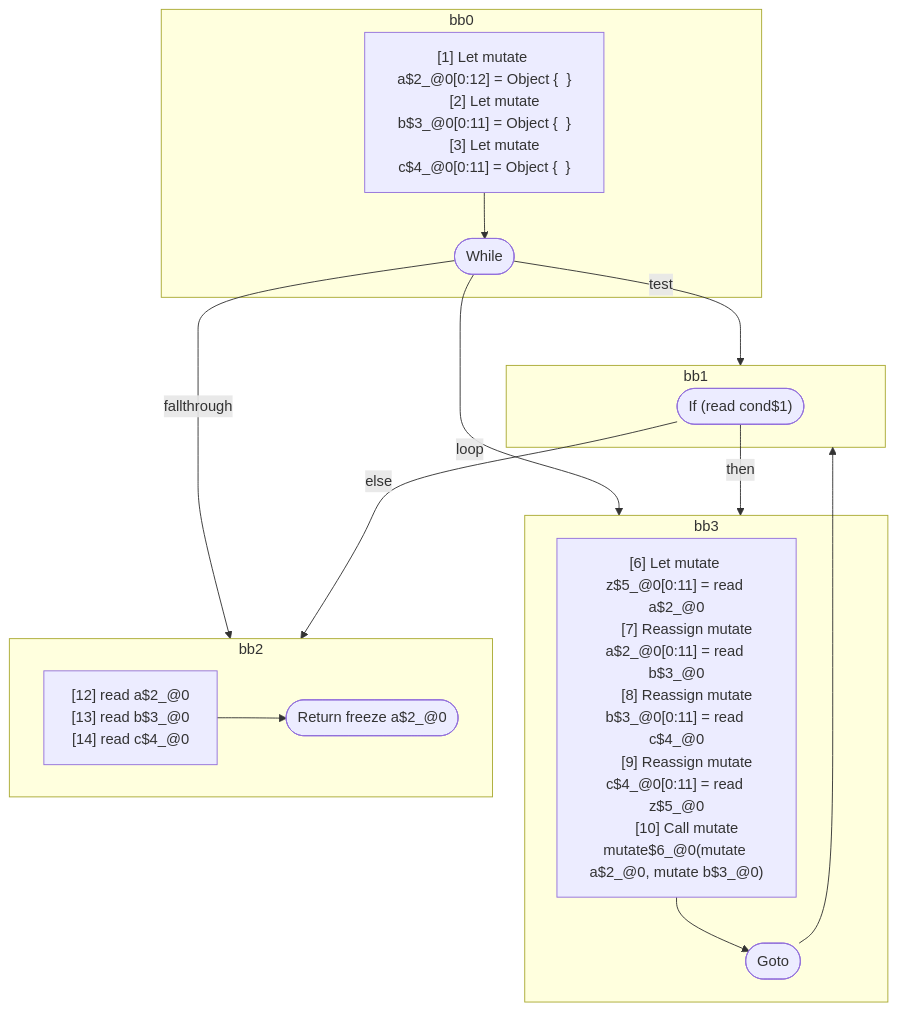
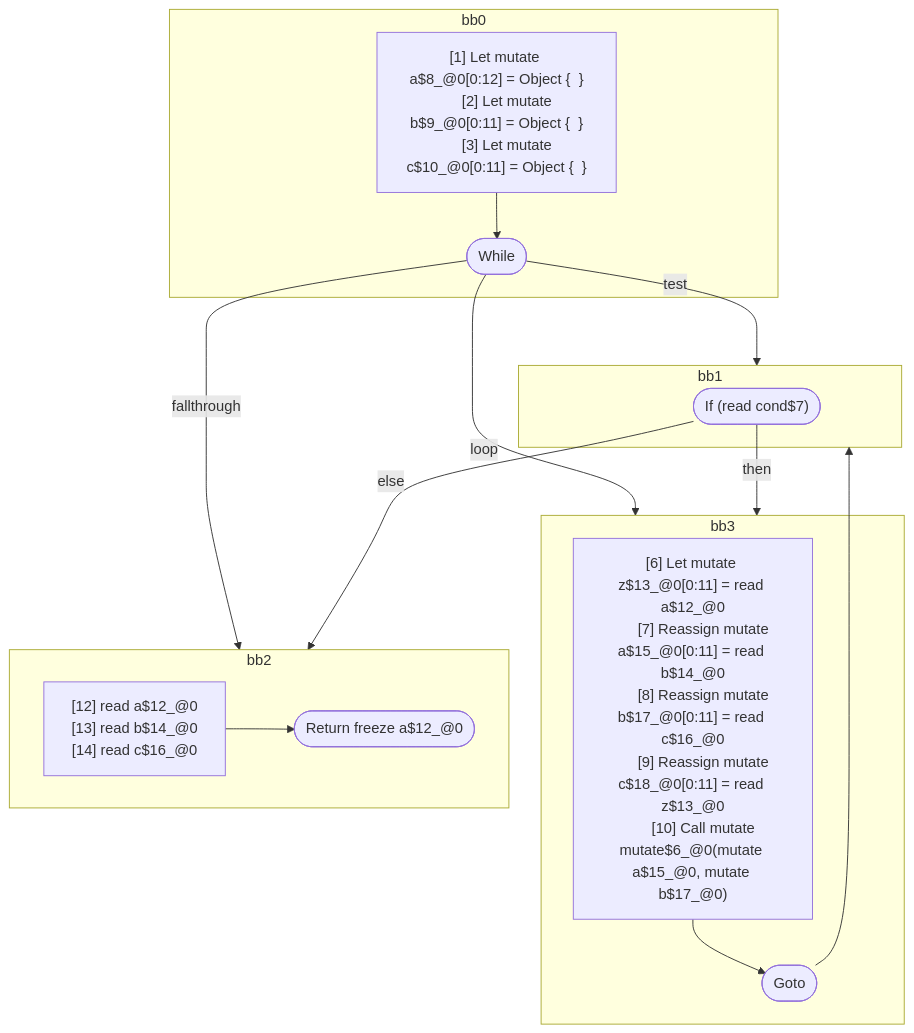
Before and after one commit to wutsmog/private: the first of 2 diagrams in compiler/forget/src/__tests__/fixtures/hir/alias-while.expect.md, drawn with Mermaid. The commit also changed other lines of this file and 59 other files, not shown here.

````diff
--- a/compiler/forget/src/__tests__/fixtures/hir/alias-while.expect.md
+++ b/compiler/forget/src/__tests__/fixtures/hir/alias-while.expect.md
@@ -55,42 +58,42 @@
 ```mermaid
 flowchart TB
   %% Basic Blocks
   subgraph bb0
     bb0_instrs["
-      [1] Let mutate a$2_@0[0:12] = Object {  }
-      [2] Let mutate b$3_@0[0:11] = Object {  }
-      [3] Let mutate c$4_@0[0:11] = Object {  }
+      [1] Let mutate a$8_@0[0:12] = Object {  }
+      [2] Let mutate b$9_@0[0:11] = Object {  }
+      [3] Let mutate c$10_@0[0:11] = Object {  }
     "]
     bb0_instrs --> bb0_terminal(["While"])
   end
   subgraph bb1
-    bb1_terminal(["If (read cond$1)"])
+    bb1_terminal(["If (read cond$7)"])
   end
   subgraph bb3
     bb3_instrs["
-      [6] Let mutate z$5_@0[0:11] = read a$2_@0
-      [7] Reassign mutate a$2_@0[0:11] = read b$3_@0
-      [8] Reassign mutate b$3_@0[0:11] = read c$4_@0
-      [9] Reassign mutate c$4_@0[0:11] = read z$5_@0
-      [10] Call mutate mutate$6_@0(mutate a$2_@0, mutate b$3_@0)
+      [6] Let mutate z$13_@0[0:11] = read a$12_@0
+      [7] Reassign mutate a$15_@0[0:11] = read b$14_@0
+      [8] Reassign mutate b$17_@0[0:11] = read c$16_@0
+      [9] Reassign mutate c$18_@0[0:11] = read z$13_@0
+      [10] Call mutate mutate$6_@0(mutate a$15_@0, mutate b$17_@0)
     "]
     bb3_instrs --> bb3_terminal(["Goto"])
   end
   subgraph bb2
     bb2_instrs["
-      [12] read a$2_@0
-      [13] read b$3_@0
-      [14] read c$4_@0
+      [12] read a$12_@0
+      [13] read b$14_@0
+      [14] read c$16_@0
     "]
-    bb2_instrs --> bb2_terminal(["Return freeze a$2_@0"])
+    bb2_instrs --> bb2_terminal(["Return freeze a$12_@0"])
   end
 
   %% Jumps
   bb0_terminal -- "test" --> bb1
   bb0_terminal -- "loop" --> bb3
   bb0_terminal -- "fallthrough" --> bb2
   bb1_terminal -- "then" --> bb3
   bb1_terminal -- "else" --> bb2
   bb3_terminal --> bb1
 
 ```
````
